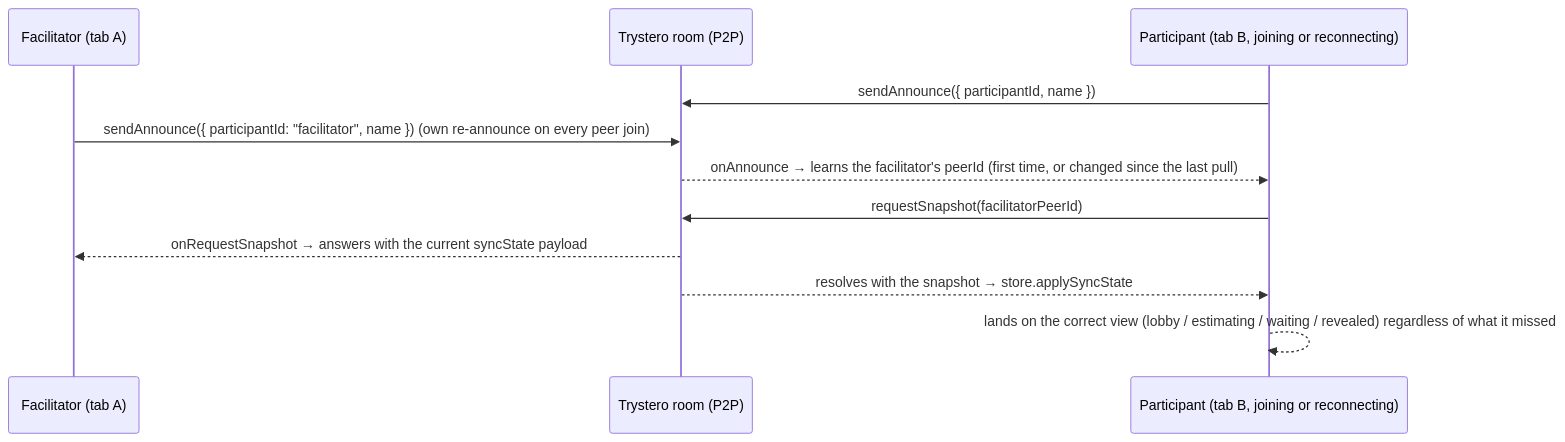
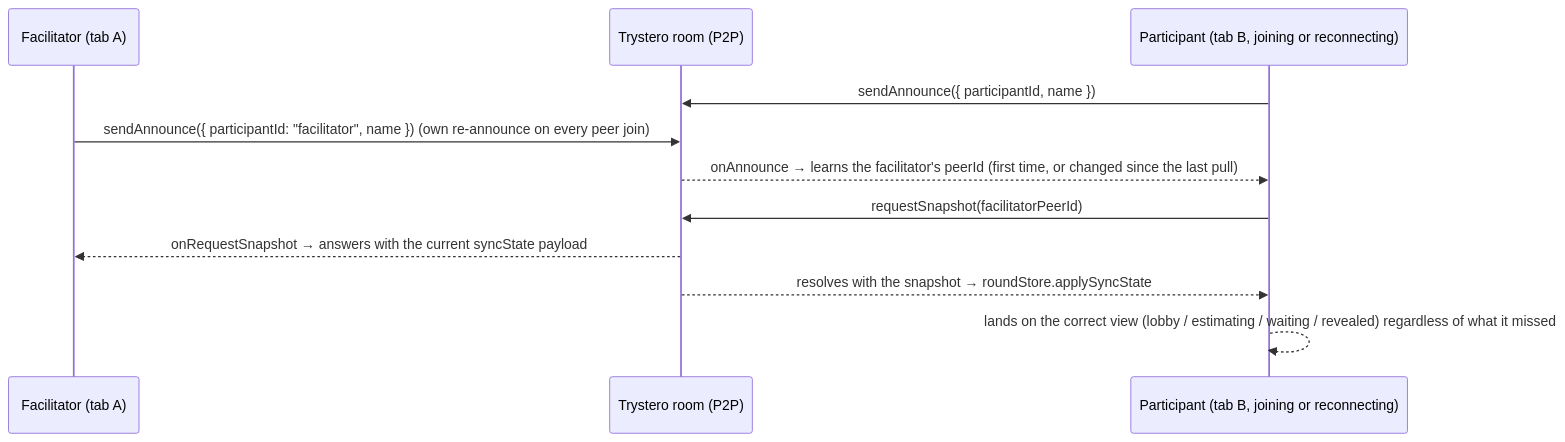
Before and after one commit to cfisch3r/estimate: the fourth of 8 diagrams in docs/concepts/collaboration-mode.md, drawn with Mermaid. The commit also changed other lines of this file and 34 other files, not shown here.

First line of the commit message:
feat: decompose monolithic session store into session/connection/round (#120)

````diff
--- a/docs/concepts/collaboration-mode.md
+++ b/docs/concepts/collaboration-mode.md
@@ -211,14 +220,14 @@
 ```mermaid
 sequenceDiagram
   participant F as Facilitator (tab A)
   participant R as Trystero room (P2P)
   participant P as Participant (tab B, joining or reconnecting)
 
   P->>R: sendAnnounce({ participantId, name })
   F->>R: sendAnnounce({ participantId: "facilitator", name }) (own re-announce on every peer join)
   R-->>P: onAnnounce → learns the facilitator's peerId (first time, or changed since the last pull)
   P->>R: requestSnapshot(facilitatorPeerId)
   R-->>F: onRequestSnapshot → answers with the current syncState payload
-  R-->>P: resolves with the snapshot → store.applySyncState
+  R-->>P: resolves with the snapshot → roundStore.applySyncState
   P-->>P: lands on the correct view (lobby / estimating / waiting / revealed) regardless of what it missed
 ```
````
